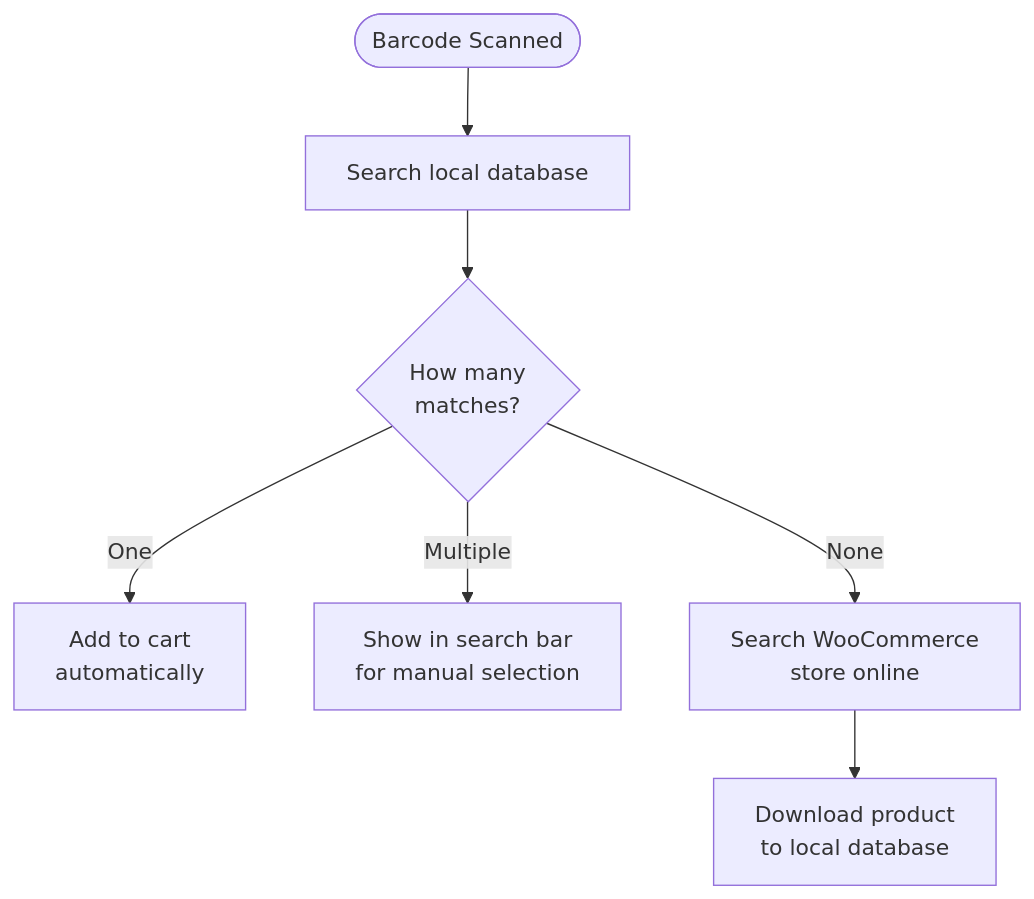
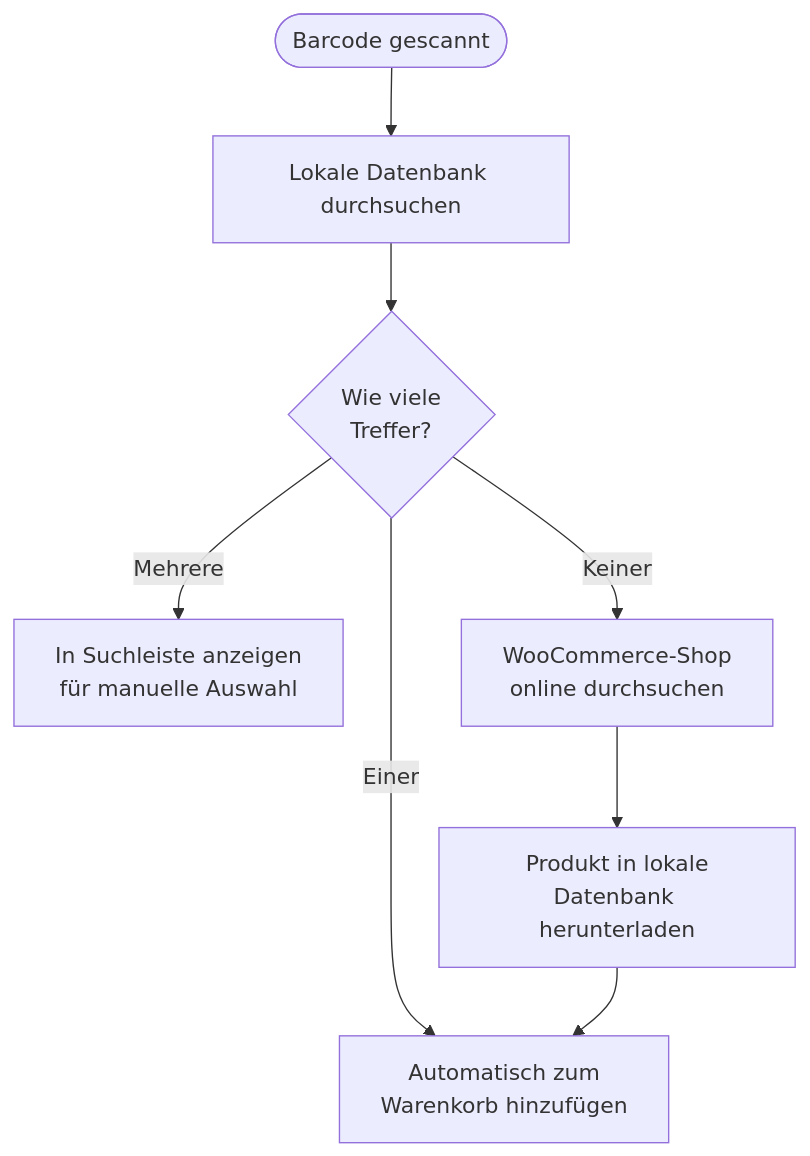
The diagram in i18n/de/docusaurus-plugin-content-docs/version-1.x/pos/product-panel/barcode-scanning.mdx (wcpos/docs), drawn with Mermaid before and after one commit. The commit also changed other lines of this file and 186 other files, not shown here.

````diff
--- a/i18n/de/docusaurus-plugin-content-docs/version-1.x/pos/product-panel/barcode-scanning.mdx
+++ b/i18n/de/docusaurus-plugin-content-docs/version-1.x/pos/product-panel/barcode-scanning.mdx
@@ -65,9 +70,10 @@
 ```mermaid
 flowchart TD
-    Scan([Barcode Scanned]) --> Lookup[Search local database]
-    Lookup --> Check{How many\nmatches?}
-    Check -->|One| Cart[Add to cart\nautomatically]
-    Check -->|Multiple| Search[Show in search bar\nfor manual selection]
-    Check -->|None| Online[Search WooCommerce\nstore online]
-    Online --> Download[Download product\nto local database]
+    Scan([Barcode gescannt]) --> Lookup[Lokale Datenbank durchsuchen]
+    Lookup --> Check{Wie viele\nTreffer?}
+    Check -->|Einer| Cart[Automatisch zum\nWarenkorb hinzufügen]
+    Check -->|Mehrere| Search[In Suchleiste anzeigen\nfür manuelle Auswahl]
+    Check -->|Keiner| Online[WooCommerce-Shop\nonline durchsuchen]
+    Online --> Download[Produkt in lokale\nDatenbank herunterladen]
+    Download --> Cart
 ```
````
